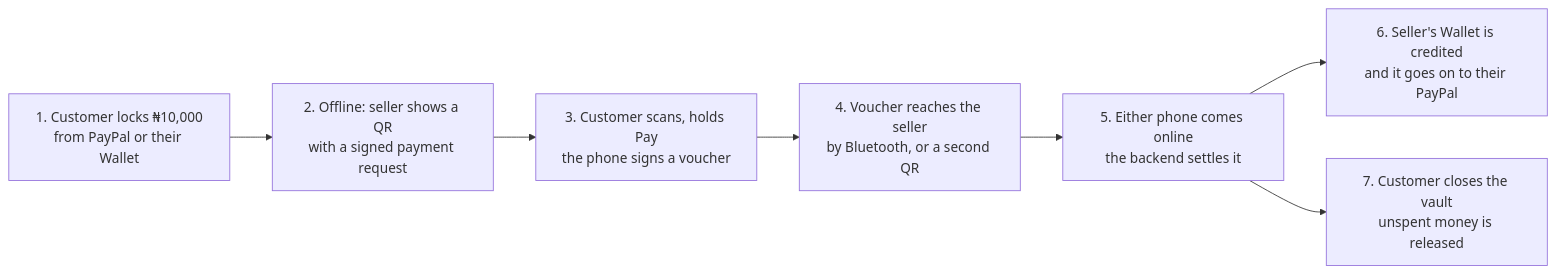
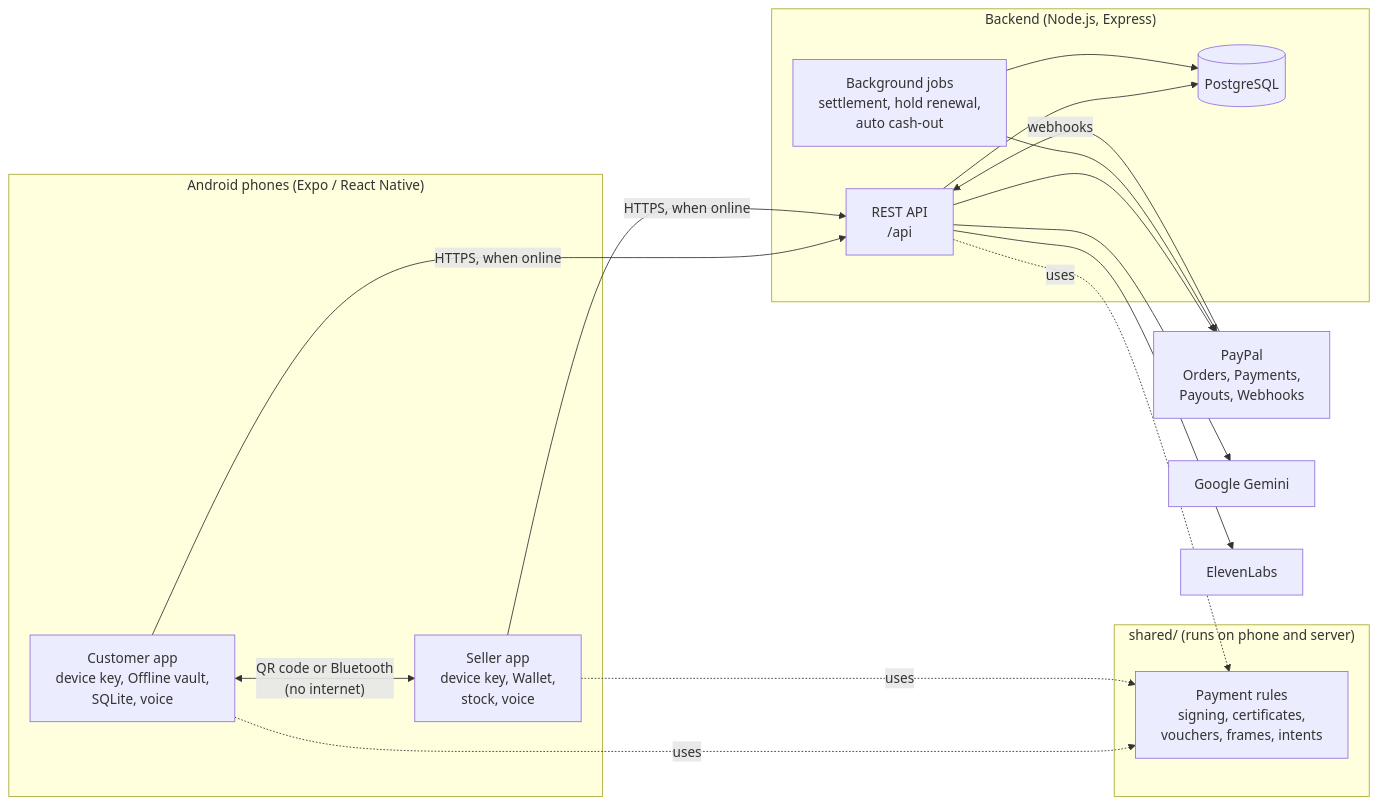
The diagram in README.md (ATA-African-Technology-Accelerator/T-Pay_Public), drawn with Mermaid before and after one commit. The commit also changed other lines of this file and 5 other files, not shown here.

````diff
--- a/README.md
+++ b/README.md
@@ -13,9 +71,35 @@
 ```mermaid
 flowchart LR
-    A["1. Customer locks ₦10,000<br/>from PayPal or their Wallet"] --> B["2. Offline: seller shows a QR<br/>with a signed payment request"]
-    B --> C["3. Customer scans, holds Pay<br/>the phone signs a voucher"]
-    C --> D["4. Voucher reaches the seller<br/>by Bluetooth, or a second QR"]
-    D --> E["5. Either phone comes online<br/>the backend settles it"]
-    E --> F["6. Seller's Wallet is credited<br/>and it goes on to their PayPal"]
-    E --> G["7. Customer closes the vault<br/>unspent money is released"]
+    subgraph Phones["Android phones (Expo / React Native)"]
+        C["Customer app<br/>device key, Offline vault,<br/>SQLite, voice"]
+        S["Seller app<br/>device key, Wallet,<br/>stock, voice"]
+    end
+
+    subgraph Shared["shared/ (runs on phone and server)"]
+        R["Payment rules<br/>signing, certificates,<br/>vouchers, frames, intents"]
+    end
+
+    subgraph Backend["Backend (Node.js, Express)"]
+        API["REST API<br/>/api"]
+        JOBS["Background jobs<br/>settlement, hold renewal,<br/>auto cash-out"]
+        DB[("PostgreSQL")]
+    end
+
+    PP["PayPal<br/>Orders, Payments,<br/>Payouts, Webhooks"]
+    AI["Google Gemini"]
+    EL["ElevenLabs"]
+
+    C <-->|"QR code or Bluetooth<br/>(no internet)"| S
+    C -.->|uses| R
+    S -.->|uses| R
+    API -.->|uses| R
+    C -->|"HTTPS, when online"| API
+    S -->|"HTTPS, when online"| API
+    API --> DB
+    JOBS --> DB
+    API --> PP
+    JOBS --> PP
+    PP -->|webhooks| API
+    API --> AI
+    API --> EL
 ```
````
